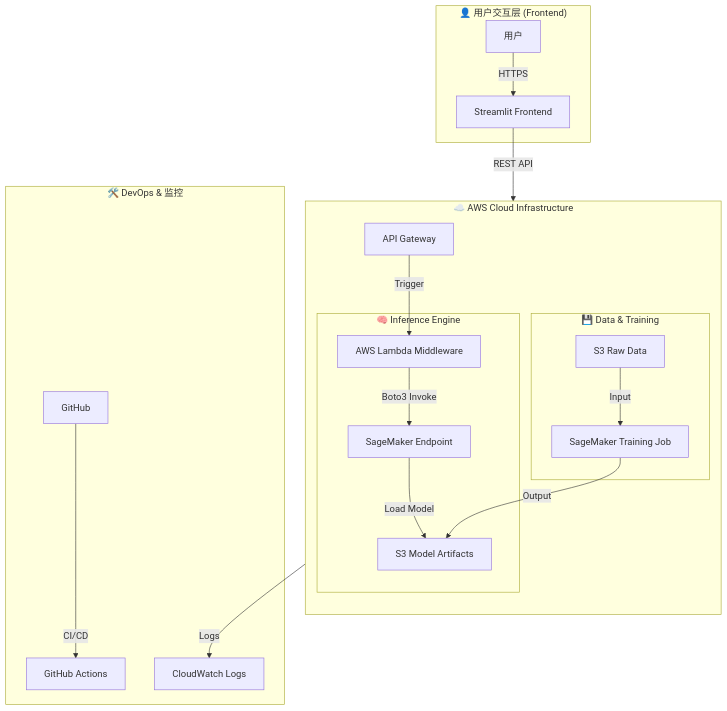
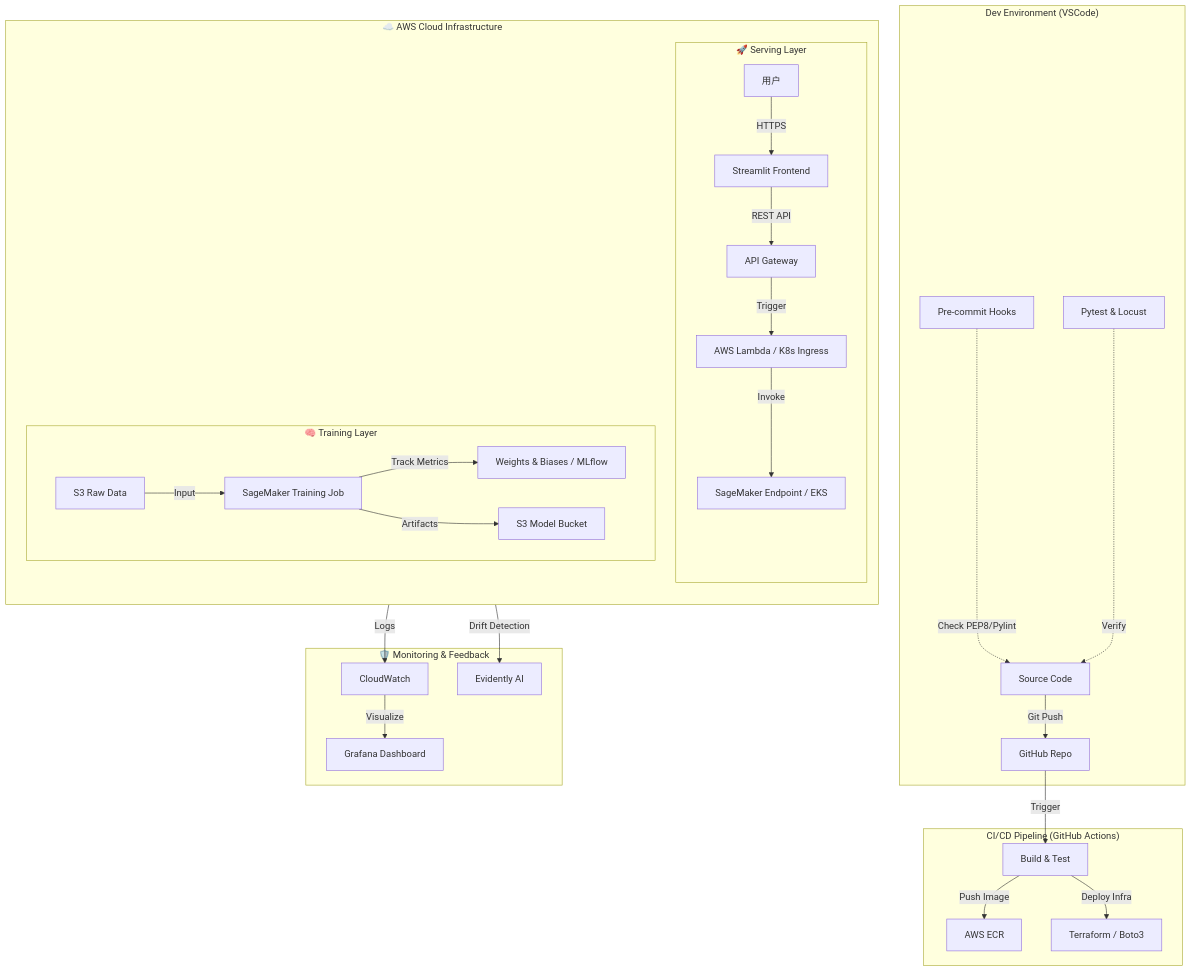
One commit to vinnie071015/sleeping-disorder-mlops changed the diagram in docs/architecture.md. Above: the diagram before and after it, drawn with Mermaid. The commit also changed other lines of this file and 3 other files, not shown here.

Commit message:
optimise the architecture file to have more details so ai won't mistake

````diff
--- a/docs/architecture.md
+++ b/docs/architecture.md
@@ -12,28 +16,37 @@
 ```mermaid
 graph TD
-    subgraph "👤 用户交互层 (Frontend)"
-        User[用户] --> |HTTPS| Streamlit[Streamlit Frontend]
+    subgraph "Dev Environment (VSCode)"
+        Code[Source Code] --> |Git Push| Repo[GitHub Repo]
+        PreCommit[Pre-commit Hooks] -.-> |Check PEP8/Pylint| Code
+        LocalTest[Pytest & Locust] -.-> |Verify| Code
+    end
+
+    subgraph "CI/CD Pipeline (GitHub Actions)"
+        Repo --> |Trigger| Build[Build & Test]
+        Build --> |Push Image| ECR[AWS ECR]
+        Build --> |Deploy Infra| TF[Terraform / Boto3]
     end
 
     subgraph "☁️ AWS Cloud Infrastructure"
         direction TB
         
-        Streamlit --> |REST API| APIG[API Gateway]
-        APIG --> |Trigger| Lambda[AWS Lambda Middleware]
-        
-        subgraph "🧠 Inference Engine"
-            Lambda --> |Boto3 Invoke| SME[SageMaker Endpoint]
-            SME --> |Load Model| S3Model[S3 Model Artifacts]
+        subgraph "🚀 Serving Layer"
+            User[用户] --> |HTTPS| Streamlit[Streamlit Frontend]
+            Streamlit --> |REST API| APIG[API Gateway]
+            APIG --> |Trigger| Lambda[AWS Lambda / K8s Ingress]
+            Lambda --> |Invoke| SME[SageMaker Endpoint / EKS]
         end
         
-        subgraph "💾 Data & Training"
+        subgraph "🧠 Training Layer"
             S3Data[S3 Raw Data] --> |Input| SMTrain[SageMaker Training Job]
-            SMTrain --> |Output| S3Model
+            SMTrain --> |Track Metrics| WandB[Weights & Biases / MLflow]
+            SMTrain --> |Artifacts| S3Model[S3 Model Bucket]
         end
     end
 
-    subgraph "🛠️ DevOps & 监控"
-        Git[GitHub] --> |CI/CD| GHA[GitHub Actions]
-        SME --> |Logs| CW[CloudWatch Logs]
+    subgraph "🛡️ Monitoring & Feedback"
+        SME --> |Logs| CW[CloudWatch]
+        SME --> |Drift Detection| Evidently[Evidently AI]
+        CW --> |Visualize| Grafana[Grafana Dashboard]
     end
 ```
````
